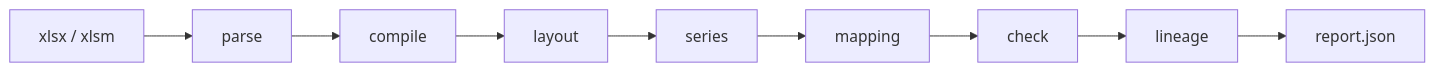
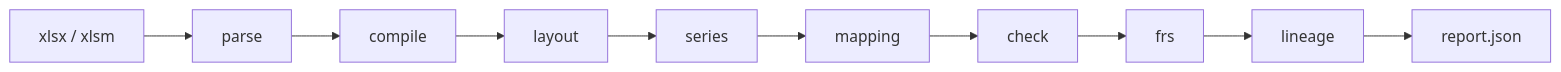
One commit to x0r1x/cashflow-audit changed the diagram in README.md. Above: the diagram before and after it, drawn with Mermaid. The commit also changed other lines of this file and 4 other files, not shown here.

````diff
--- a/README.md
+++ b/README.md
@@ -13,5 +13,5 @@
 ```mermaid
 flowchart LR
   xlsx["xlsx / xlsm"] --> parse --> compile --> layout --> series
-  series --> mapping --> check --> lineage --> report["report.json"]
+  series --> mapping --> check --> frs --> lineage --> report["report.json"]
 ```
````
